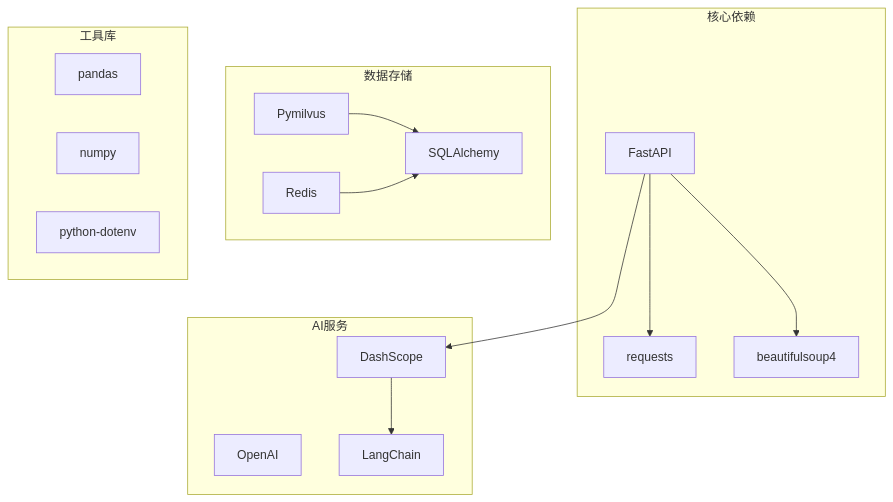
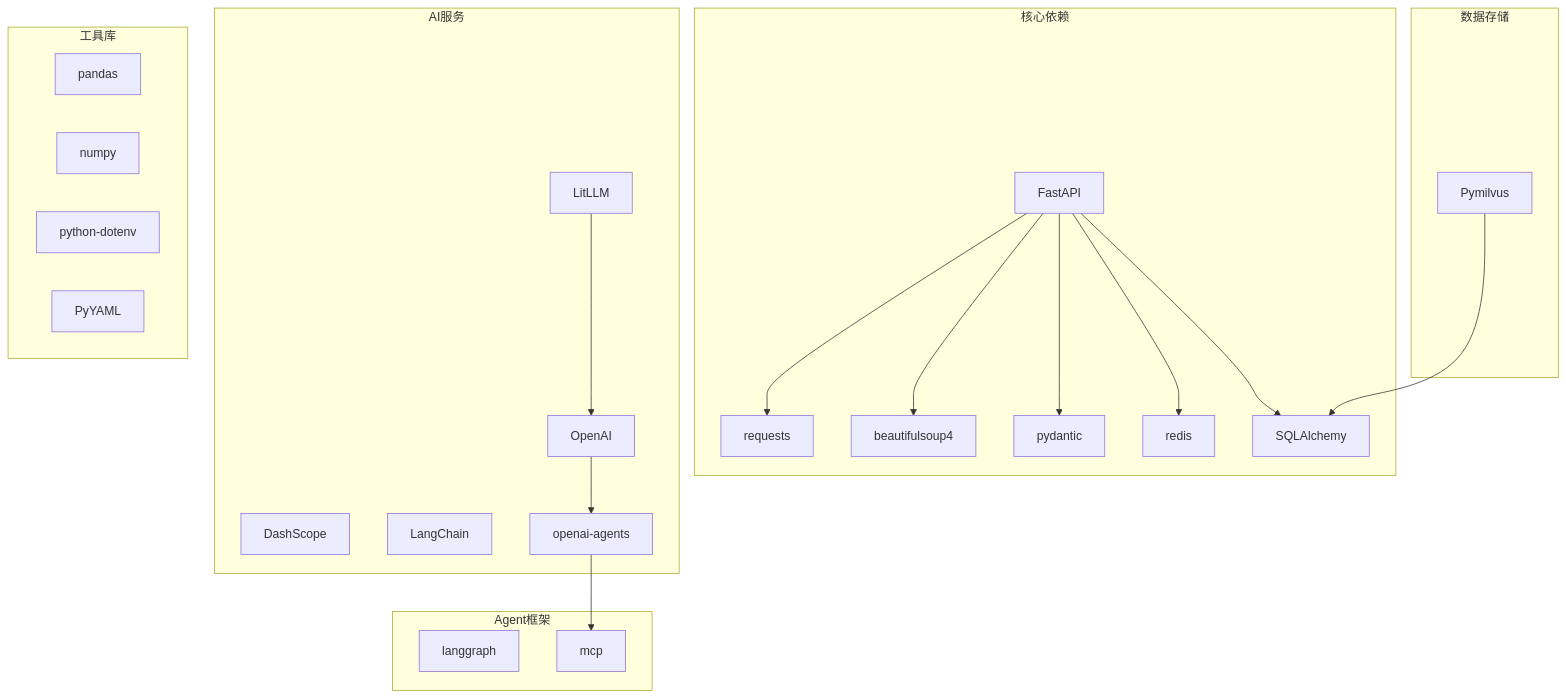
Before and after one commit to ghbbn053-ship-itsoulddog/soulddog: diagram 16 of 17 in .qoder/repowiki/zh/content/开发指南/扩展点与插件/AI服务插件扩展.md, drawn with Mermaid. The commit also changed other lines of this file and 119 other files, not shown here.

````diff
--- a/.qoder/repowiki/zh/content/开发指南/扩展点与插件/AI服务插件扩展.md
+++ b/.qoder/repowiki/zh/content/开发指南/扩展点与插件/AI服务插件扩展.md
@@ -415,29 +722,40 @@
 ```mermaid
 graph TB
 subgraph "核心依赖"
 FASTAPI[FastAPI]
 REQUESTS[requests]
 BEAUTIFULSOUP[beautifulsoup4]
+ENDPOINT[pydantic]
+REDAIS[redis]
+SQLALCHEMY[SQLAlchemy]
 end
 subgraph "AI服务"
 DASHSCOPE[DashScope]
 OPENAI[OpenAI]
 LANGCHAIN[LangChain]
+LITELLM[LitLLM]
+OPENAI_AGENTS[openai-agents]
 end
 subgraph "数据存储"
 PYMILVUS[Pymilvus]
-REDIS[Redis]
-SQLALCHEMY[SQLAlchemy]
 end
 subgraph "工具库"
 PANDAS[pandas]
 NUMPY[numpy]
 DOTENV[python-dotenv]
+YAML[PyYAML]
+end
+subgraph "Agent框架"
+LANGGRAPH[langgraph]
+MCP[mcp]
 end
 FASTAPI --> REQUESTS
 FASTAPI --> BEAUTIFULSOUP
-FASTAPI --> DASHSCOPE
-DASHSCOPE --> LANGCHAIN
+FASTAPI --> ENDPOINT
+FASTAPI --> REDAIS
+FASTAPI --> SQLALCHEMY
+OPENAI --> OPENAI_AGENTS
+LITELLM --> OPENAI
 PYMILVUS --> SQLALCHEMY
-REDIS --> SQLALCHEMY
+OPENAI_AGENTS --> MCP
 ```
````
